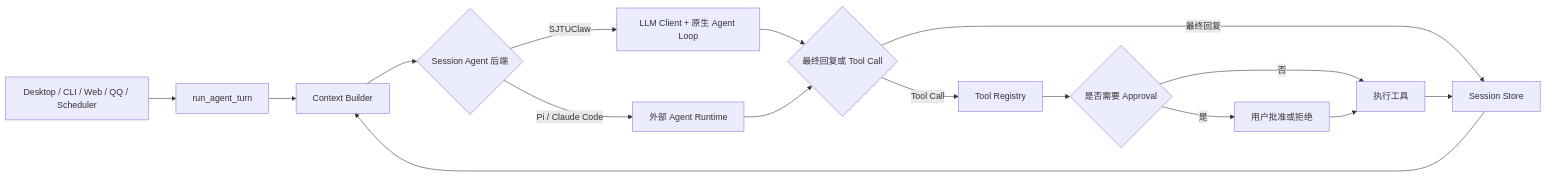
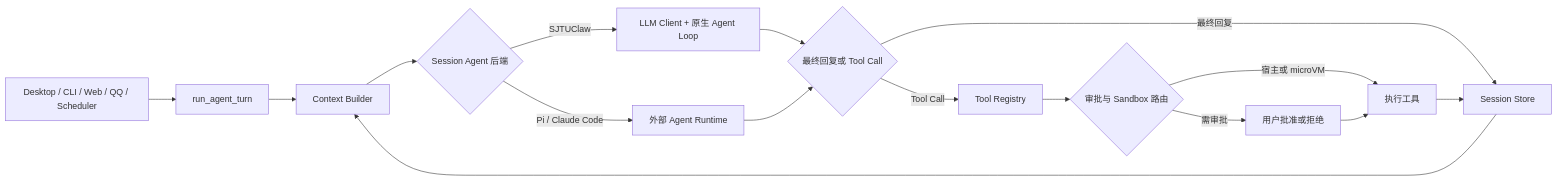
One commit to DOGOGOD/SJTUClaw changed the diagram in 中期报告.md. Above: the diagram before and after it, drawn with Mermaid. The commit also changed other lines of this file and 30 other files, not shown here.

````diff
--- a/中期报告.md
+++ b/中期报告.md
@@ -68,18 +73,18 @@
 ```mermaid
 flowchart LR
     A["Desktop / CLI / Web / QQ / Scheduler"] --> B["run_agent_turn"]
     B --> C["Context Builder"]
     C --> D{"Session Agent 后端"}
     D -->|SJTUClaw| E["LLM Client + 原生 Agent Loop"]
     D -->|Pi / Claude Code| P["外部 Agent Runtime"]
     E --> F{"最终回复或 Tool Call"}
     P --> F
     F -->|最终回复| S["Session Store"]
     F -->|Tool Call| G["Tool Registry"]
-    G --> H{"是否需要 Approval"}
-    H -->|是| I["用户批准或拒绝"]
-    H -->|否| J["执行工具"]
+    G --> H{"审批与 Sandbox 路由"}
+    H -->|需审批| I["用户批准或拒绝"]
+    H -->|宿主或 microVM| J["执行工具"]
     I --> J
     J --> S
     S --> C
 ```
````
